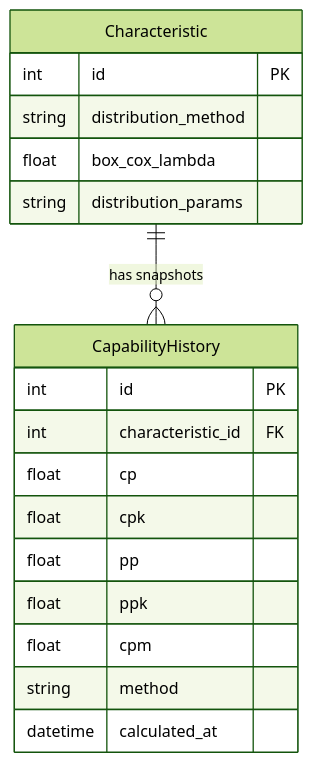
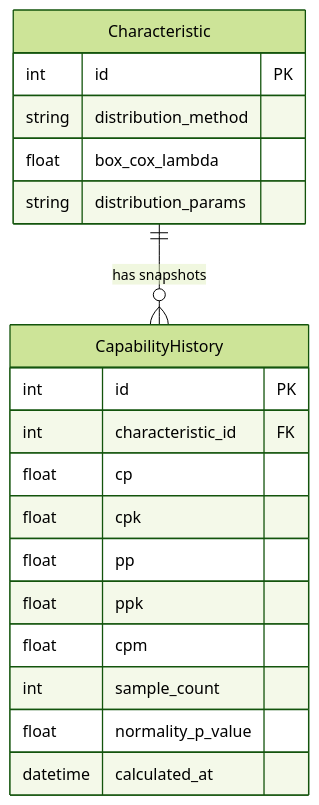
One commit to saturnis-io/cassini changed the second of 2 diagrams in .knowledge/features/capability.md. Above: the diagram before and after it, drawn with Mermaid (forest theme). The commit also changed other lines of this file and 16 other files, not shown here.

First line of the commit message:
knowledge-graph: regenerate

````diff
--- a/.knowledge/features/capability.md
+++ b/.knowledge/features/capability.md
@@ -26,21 +26,22 @@
 ```mermaid
 erDiagram
     Characteristic ||--o{ CapabilityHistory : "has snapshots"
-    Characteristic {
-        int id PK
-        string distribution_method
-        float box_cox_lambda
-        string distribution_params
-    }
     CapabilityHistory {
         int id PK
         int characteristic_id FK
         float cp
         float cpk
         float pp
         float ppk
         float cpm
-        string method
+        int sample_count
+        float normality_p_value
         datetime calculated_at
     }
+    Characteristic {
+        int id PK
+        string distribution_method
+        float box_cox_lambda
+        string distribution_params
+    }
 ```
````
